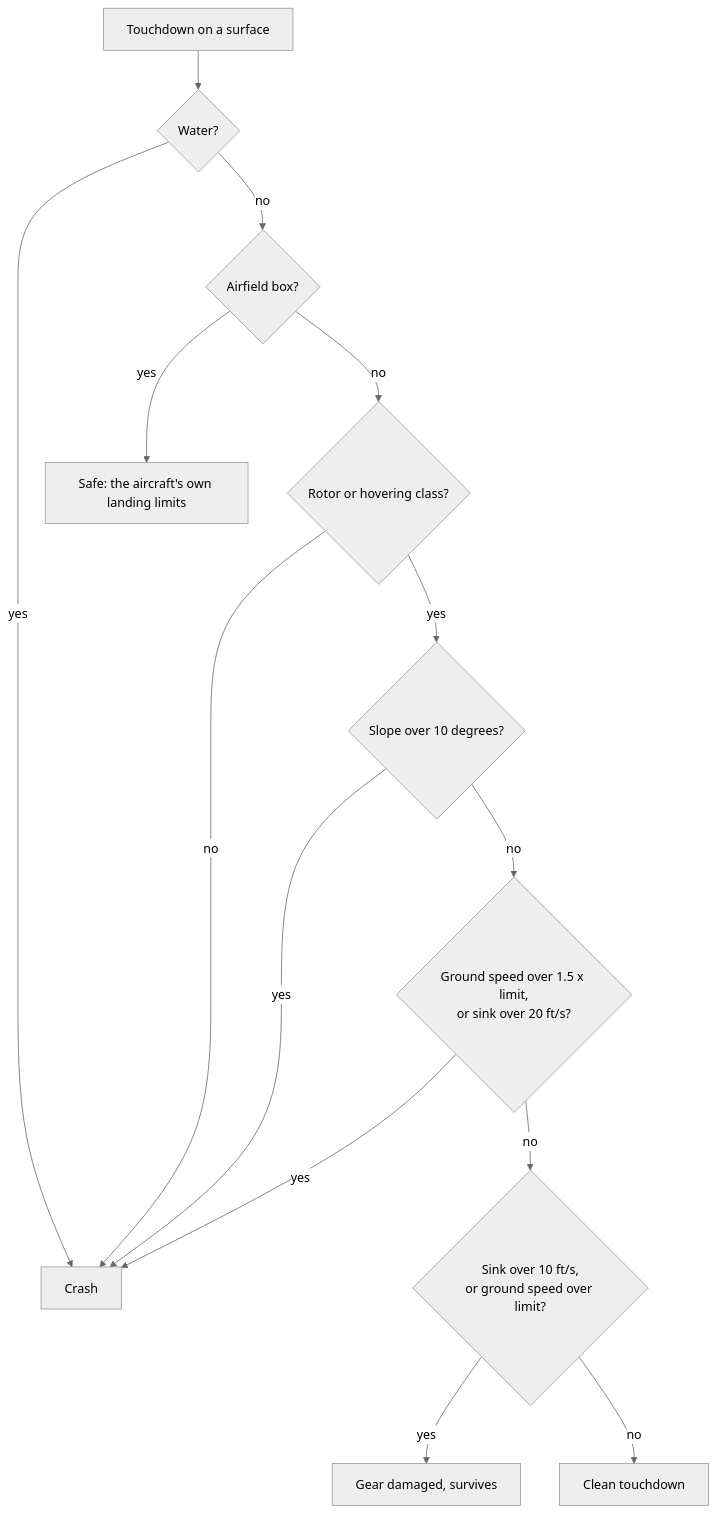
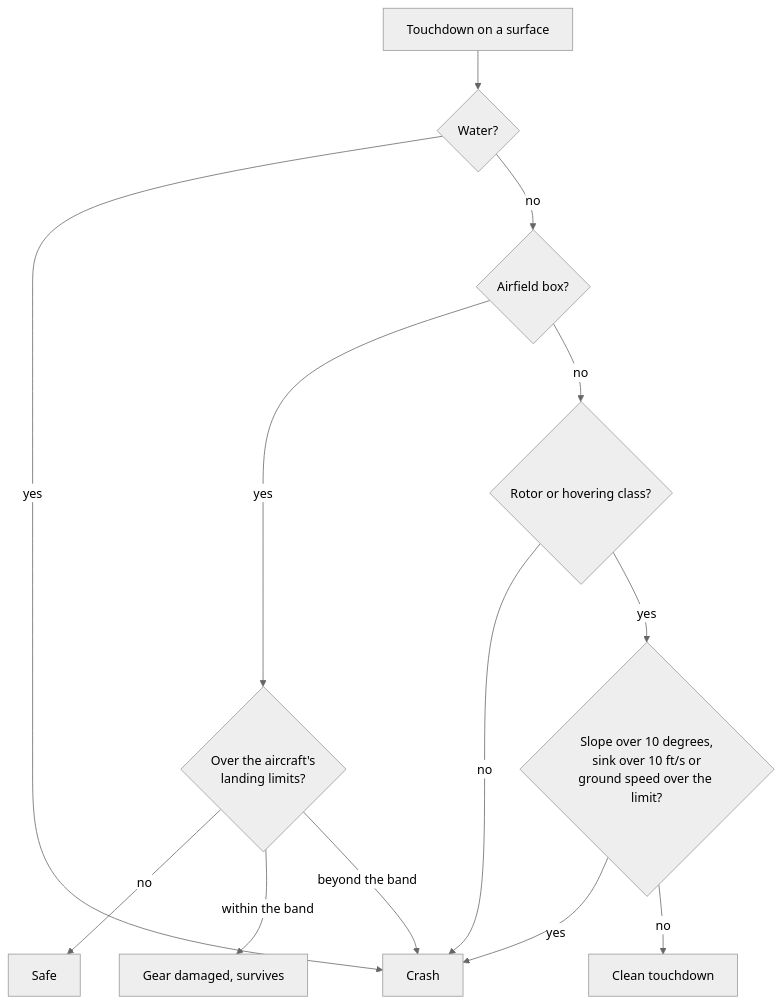
The diagram in docs/spec/touchdown.md (john-overton/T.O.R.E-Fighters), drawn with Mermaid (neutral theme) before and after one commit. The commit also changed other lines of this file and 11 other files, not shown here.

First line of the commit message:
Make the gear-damage band an airfield rule and every off-airfield excess a crash

````diff
--- a/docs/spec/touchdown.md
+++ b/docs/spec/touchdown.md
@@ -65,16 +71,15 @@
 ```mermaid
 flowchart TD
   A[Touchdown on a surface] --> B{Water?}
   B -- yes --> X[Crash]
   B -- no --> C{Airfield box?}
-  C -- yes --> S[Safe: the aircraft's own landing limits]
+  C -- yes --> L{Over the aircraft's<br/>landing limits?}
+  L -- no --> S[Safe]
+  L -- "within the band" --> H[Gear damaged, survives]
+  L -- "beyond the band" --> X
   C -- no --> D{Rotor or hovering class?}
   D -- no --> X
-  D -- yes --> E{Slope over 10 degrees?}
+  D -- yes --> E{Slope over 10 degrees,<br/>sink over 10 ft/s or<br/>ground speed over the limit?}
   E -- yes --> X
-  E -- no --> F{Ground speed over 1.5 x limit,<br/>or sink over 20 ft/s?}
-  F -- yes --> X
-  F -- no --> G{Sink over 10 ft/s,<br/>or ground speed over limit?}
-  G -- yes --> H[Gear damaged, survives]
-  G -- no --> S2[Clean touchdown]
+  E -- no --> S2[Clean touchdown]
 ```
````
